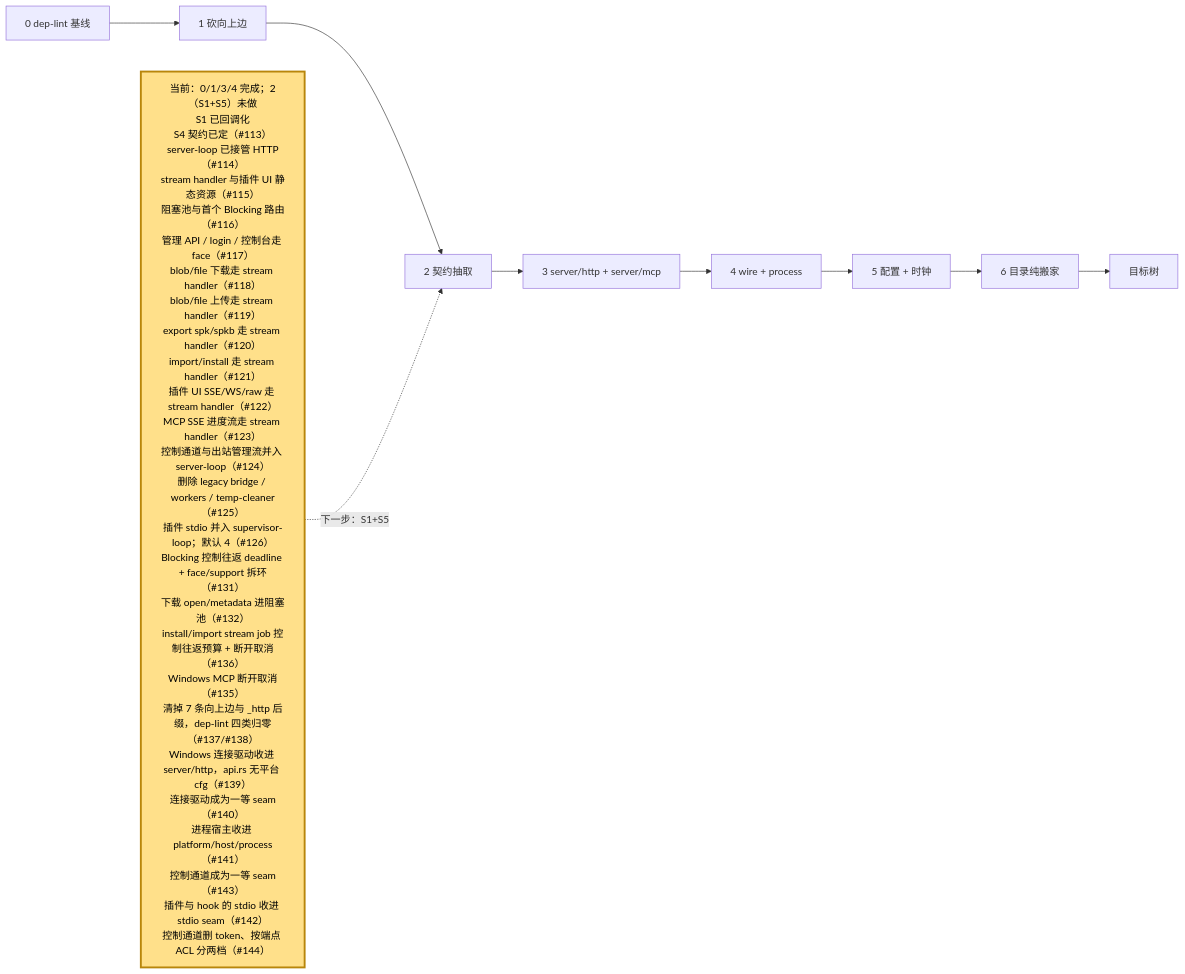
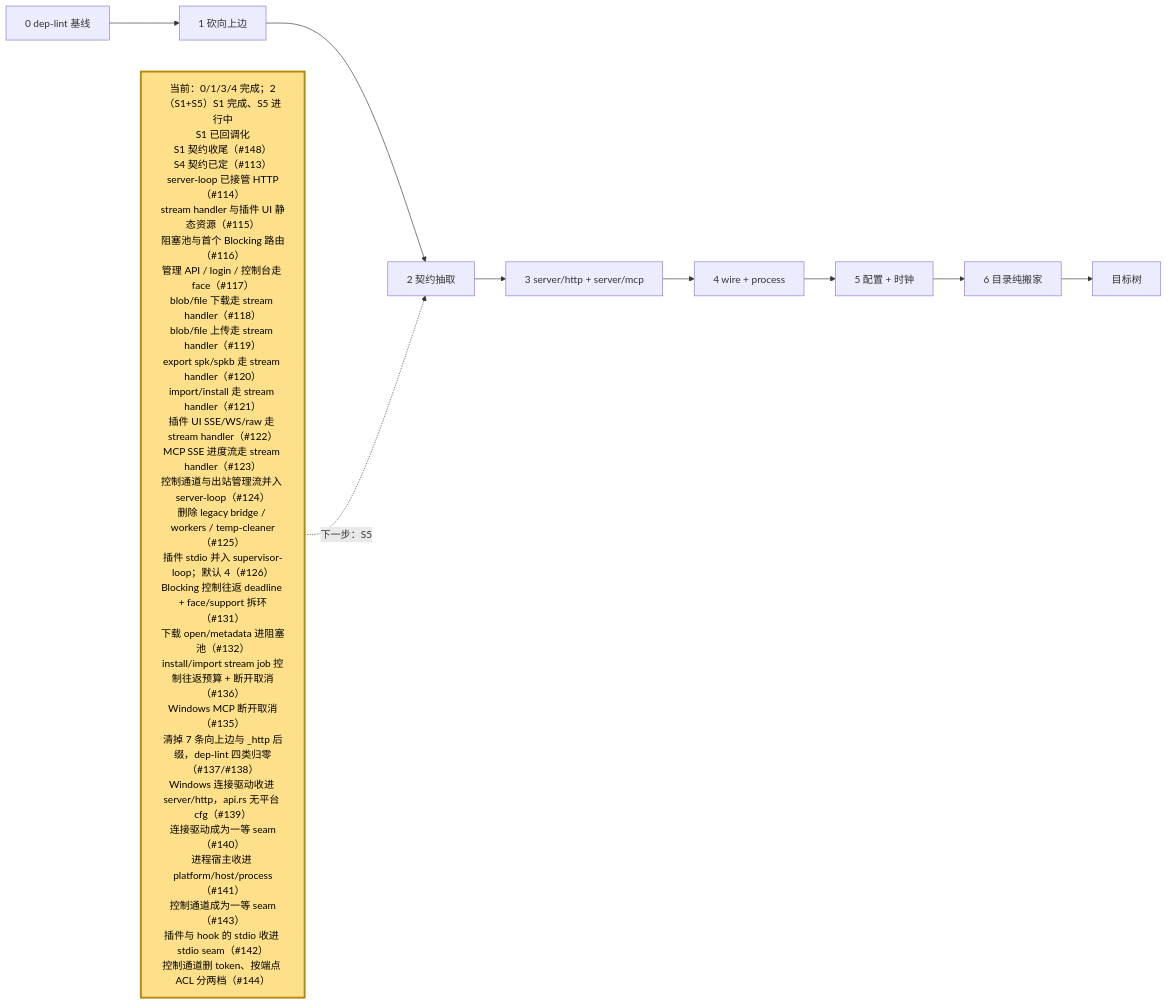
One commit to webxxxxx/plugin-manager changed the fifth of 5 diagrams in docs/architecture.md. Above: the diagram before and after it, drawn with Mermaid. The commit also changed other lines of this file and 8 other files, not shown here.

````diff
--- a/docs/architecture.md
+++ b/docs/architecture.md
@@ -381,15 +381,15 @@
 ```mermaid
 flowchart LR
     S0["0 dep-lint 基线"] --> S1["1 砍向上边"]
     S1 --> S2["2 契约抽取"]
     S2 --> S3["3 server/http + server/mcp"]
     S3 --> S4["4 wire + process"]
     S4 --> S5["5 配置 + 时钟"]
     S5 --> S6["6 目录纯搬家"]
     S6 --> DONE["目标树"]
 
-    NOW["当前：0/1/3/4 完成；2（S1+S5）未做<br/>S1 已回调化<br/>S4 契约已定（#113）<br/>server-loop 已接管 HTTP（#114）<br/>stream handler 与插件 UI 静态资源（#115）<br/>阻塞池与首个 Blocking 路由（#116）<br/>管理 API / login / 控制台走 face（#117）<br/>blob/file 下载走 stream handler（#118）<br/>blob/file 上传走 stream handler（#119）<br/>export spk/spkb 走 stream handler（#120）<br/>import/install 走 stream handler（#121）<br/>插件 UI SSE/WS/raw 走 stream handler（#122）<br/>MCP SSE 进度流走 stream handler（#123）<br/>控制通道与出站管理流并入 server-loop（#124）<br/>删除 legacy bridge / workers / temp-cleaner（#125）<br/>插件 stdio 并入 supervisor-loop；默认 4（#126）<br/>Blocking 控制往返 deadline + face/support 拆环（#131）<br/>下载 open/metadata 进阻塞池（#132）<br/>install/import stream job 控制往返预算 + 断开取消（#136）<br/>Windows MCP 断开取消（#135）<br/>清掉 7 条向上边与 _http 后缀，dep-lint 四类归零（#137/#138）<br/>Windows 连接驱动收进 server/http，api.rs 无平台 cfg（#139）<br/>连接驱动成为一等 seam（#140）<br/>进程宿主收进 platform/host/process（#141）<br/>控制通道成为一等 seam（#143）<br/>插件与 hook 的 stdio 收进 stdio seam（#142）<br/>控制通道删 token、按端点 ACL 分两档（#144）"]:::current
-    NOW -.->|下一步：S1+S5| S2
+    NOW["当前：0/1/3/4 完成；2（S1+S5）S1 完成、S5 进行中<br/>S1 已回调化<br/>S1 契约收尾（#148）<br/>S4 契约已定（#113）<br/>server-loop 已接管 HTTP（#114）<br/>stream handler 与插件 UI 静态资源（#115）<br/>阻塞池与首个 Blocking 路由（#116）<br/>管理 API / login / 控制台走 face（#117）<br/>blob/file 下载走 stream handler（#118）<br/>blob/file 上传走 stream handler（#119）<br/>export spk/spkb 走 stream handler（#120）<br/>import/install 走 stream handler（#121）<br/>插件 UI SSE/WS/raw 走 stream handler（#122）<br/>MCP SSE 进度流走 stream handler（#123）<br/>控制通道与出站管理流并入 server-loop（#124）<br/>删除 legacy bridge / workers / temp-cleaner（#125）<br/>插件 stdio 并入 supervisor-loop；默认 4（#126）<br/>Blocking 控制往返 deadline + face/support 拆环（#131）<br/>下载 open/metadata 进阻塞池（#132）<br/>install/import stream job 控制往返预算 + 断开取消（#136）<br/>Windows MCP 断开取消（#135）<br/>清掉 7 条向上边与 _http 后缀，dep-lint 四类归零（#137/#138）<br/>Windows 连接驱动收进 server/http，api.rs 无平台 cfg（#139）<br/>连接驱动成为一等 seam（#140）<br/>进程宿主收进 platform/host/process（#141）<br/>控制通道成为一等 seam（#143）<br/>插件与 hook 的 stdio 收进 stdio seam（#142）<br/>控制通道删 token、按端点 ACL 分两档（#144）"]:::current
+    NOW -.->|下一步：S5| S2
 
     classDef current fill:#ffe08a,stroke:#b8860b,stroke-width:3px,color:#000
 ```
````
